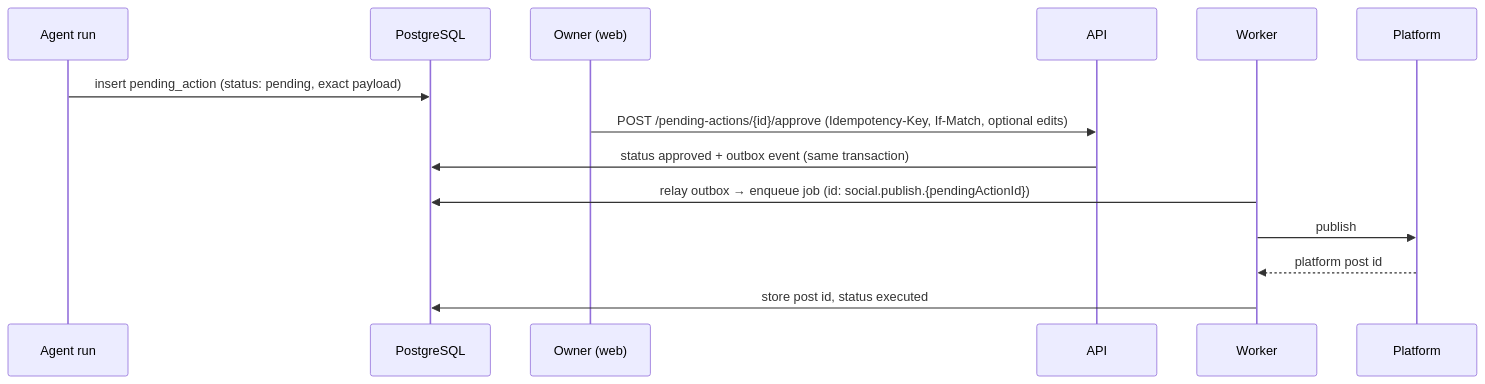
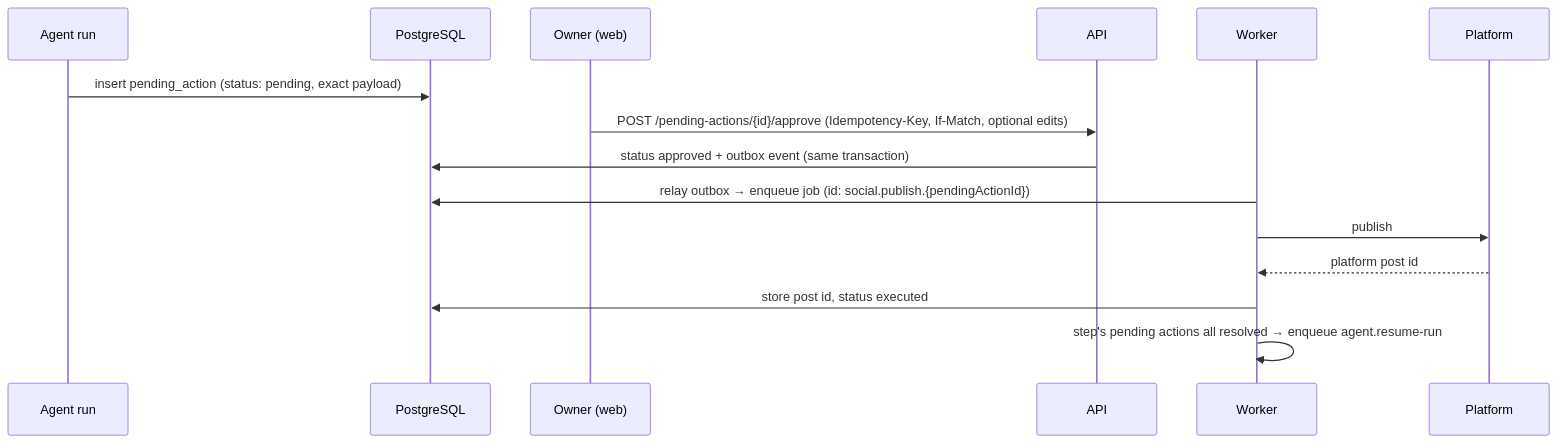
One commit to gmnhussain/khadim changed the fourth of 5 diagrams in docs/architecture/agent.md. Above: the diagram before and after it, drawn with Mermaid. The commit also changed other lines of this file and 10 other files, not shown here.

First line of the commit message:
docs(agent): run every agent run in the worker and resume it

````diff
--- a/docs/architecture/agent.md
+++ b/docs/architecture/agent.md
@@ -111,16 +123,17 @@
 ```mermaid
 sequenceDiagram
   participant Agent as Agent run
   participant DB as PostgreSQL
   participant Web as Owner (web)
   participant API
   participant W as Worker
   participant P as Platform
   Agent->>DB: insert pending_action (status: pending, exact payload)
   Web->>API: POST /pending-actions/{id}/approve (Idempotency-Key, If-Match, optional edits)
   API->>DB: status approved + outbox event (same transaction)
   W->>DB: relay outbox → enqueue job (id: social.publish.{pendingActionId})
   W->>P: publish
   P-->>W: platform post id
   W->>DB: store post id, status executed
+  W->>W: step's pending actions all resolved → enqueue agent.resume-run
 ```
````
